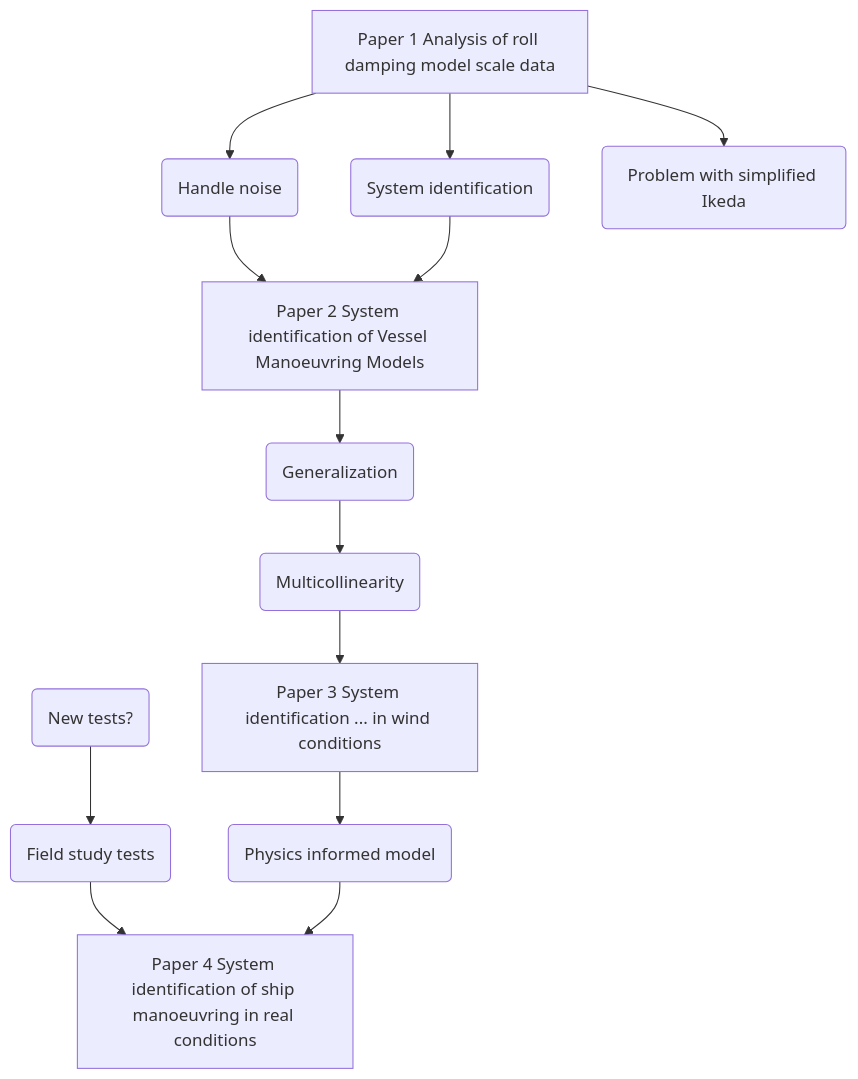
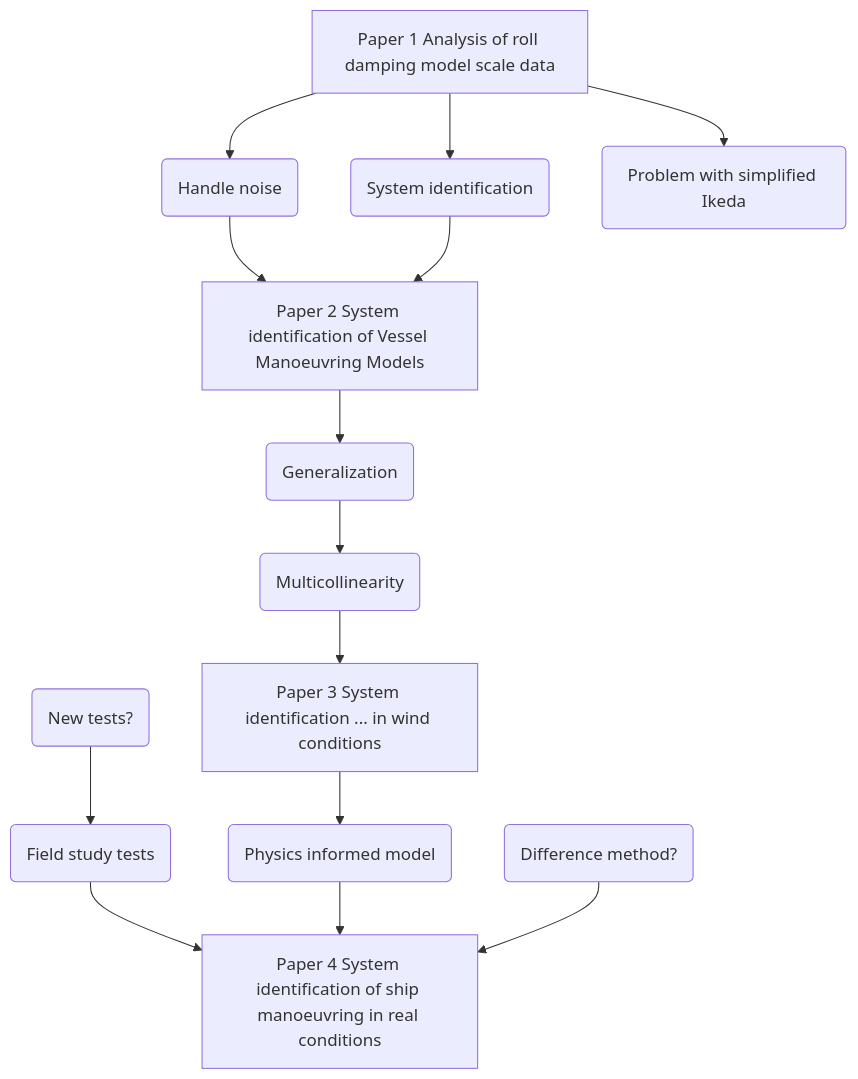
The diagram in inbox/The red thread....md (martinlarsalbert/PHD_literature_review), drawn with Mermaid before and after one commit. The commit also changed 60 other files, not shown here.

````diff
--- a/inbox/The red thread....md
+++ b/inbox/The red thread....md
@@ -40,21 +40,22 @@
 ```mermaid
 flowchart TD
 
     Paper1[Paper 1 Analysis of roll damping model scale data] --> B(Handle noise)
 
     Paper1 --> C(System identification)
 
     Paper1 --> D(Problem with simplified Ikeda)
 
     B --> Paper2[Paper 2 System identification of Vessel Manoeuvring Models]
 
     C --> Paper2
 
     Paper2 --> Generalization(Generalization) --> Multicollinearity(Multicollinearity)
 
     Multicollinearity --> Paper3[Paper 3 System identification ... in wind conditions] --> PI(Physics informed model)
 
 	experiments(New tests?) --> 7mdata(Field study tests)
 	7mdata(Field study tests) --> Paper4[Paper 4 System identification of ship manoeuvring in real conditions]
 	PI --> Paper4
+	differenceMethod(Difference method?) --> Paper4
 ```
````
